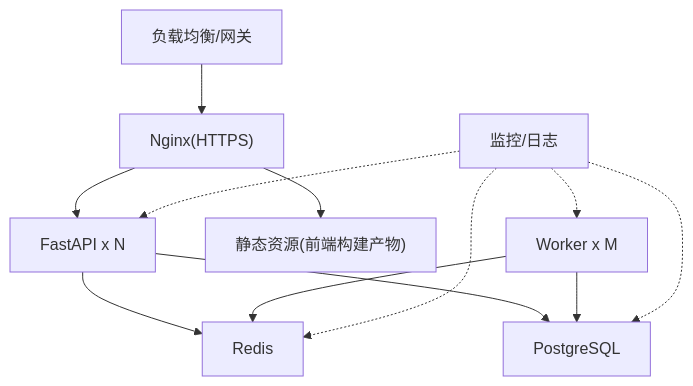
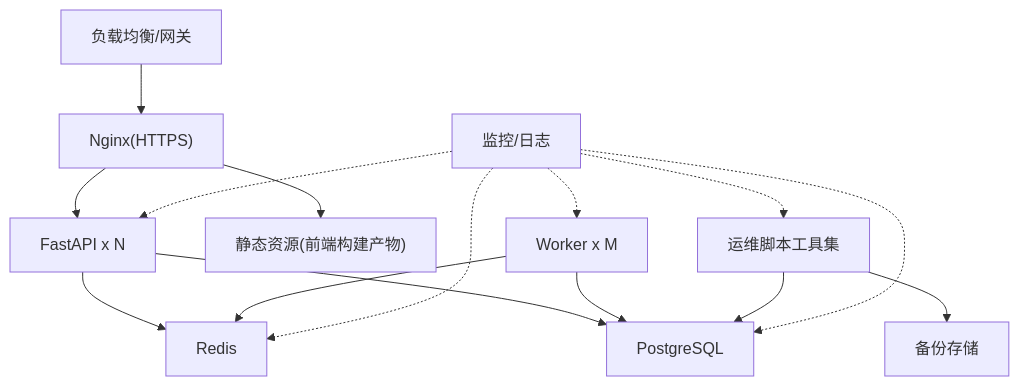
The second of 8 diagrams in .qoder/repowiki/zh/content/部署配置/部署配置.md (vu1Art1st/talos), drawn with Mermaid before and after one commit. The commit also changed other lines of this file and 129 other files, not shown here.

````diff
--- a/.qoder/repowiki/zh/content/部署配置/部署配置.md
+++ b/.qoder/repowiki/zh/content/部署配置/部署配置.md
@@ -106,14 +136,17 @@
 ```mermaid
 graph TB
 LB["负载均衡/网关"] --> NGINX["Nginx(HTTPS)"]
 NGINX --> API1["FastAPI x N"]
 NGINX --> STATIC["静态资源(前端构建产物)"]
 API1 --> REDIS["Redis"]
 API1 --> PG["PostgreSQL"]
 W1["Worker x M"] --> REDIS
 W1 --> PG
+OPS["运维脚本工具集"] --> PG
+OPS --> BACKUP["备份存储"]
 MON["监控/日志"] -.-> API1
 MON -.-> W1
 MON -.-> PG
 MON -.-> REDIS
+MON -.-> OPS
 ```
````
